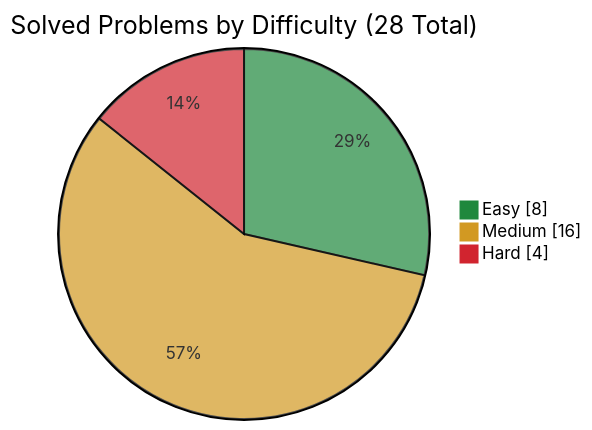
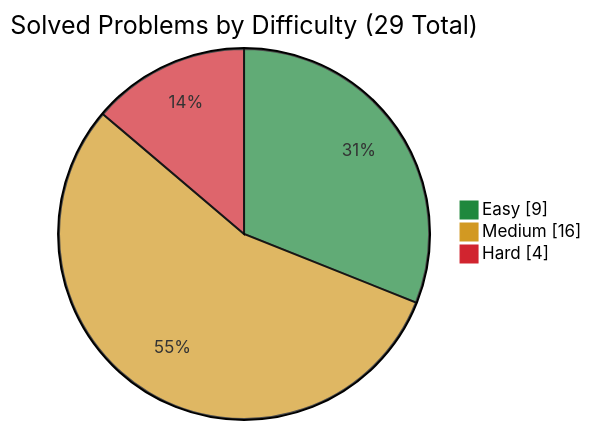
The first of 2 diagrams in README.md (simonesiega/leetcode-solutions), drawn with Mermaid before and after one commit. The commit also changed other lines of this file and 3 other files, not shown here.

````diff
--- a/README.md
+++ b/README.md
@@ -60,8 +60,8 @@
 ```mermaid
 %%{init: {"themeVariables": {"pie1": "#1f883d", "pie2": "#d29922", "pie3": "#d1242f"}}}%%
 pie showData
-    title Solved Problems by Difficulty (28 Total)
-    "Easy" : 8
+    title Solved Problems by Difficulty (29 Total)
+    "Easy" : 9
     "Medium" : 16
     "Hard" : 4
 ```
````
